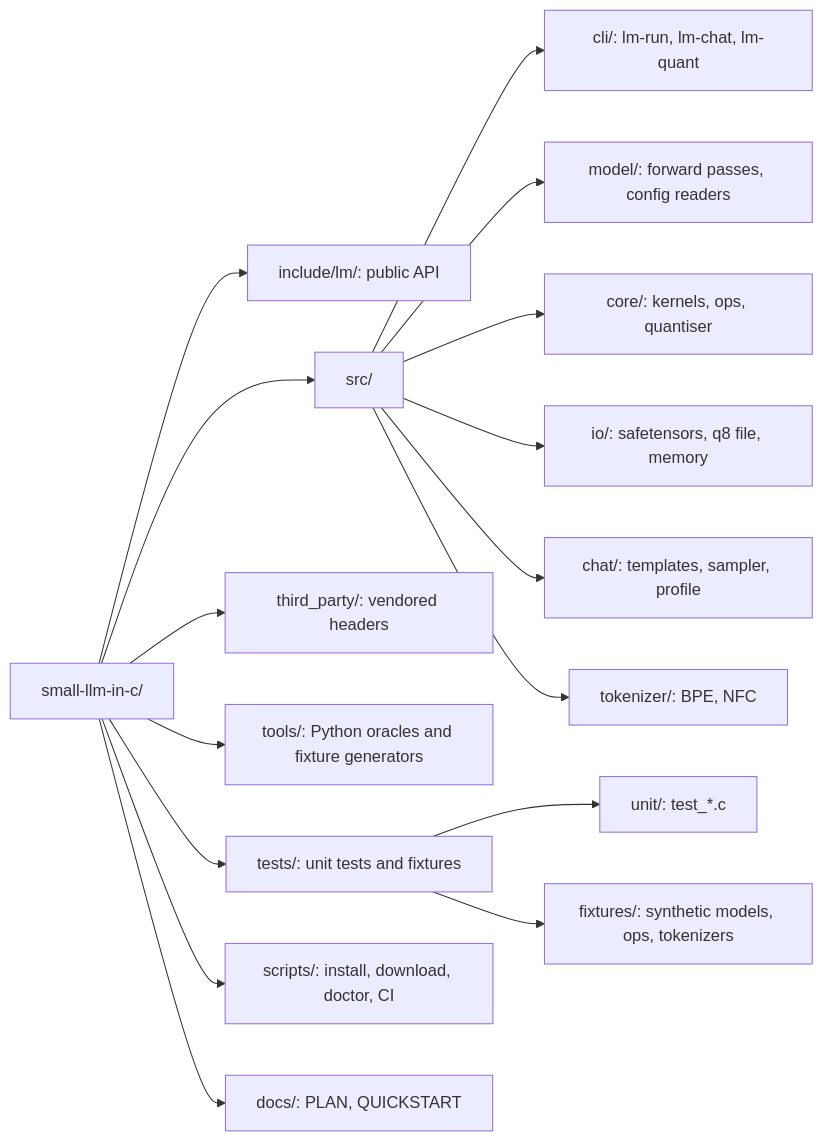
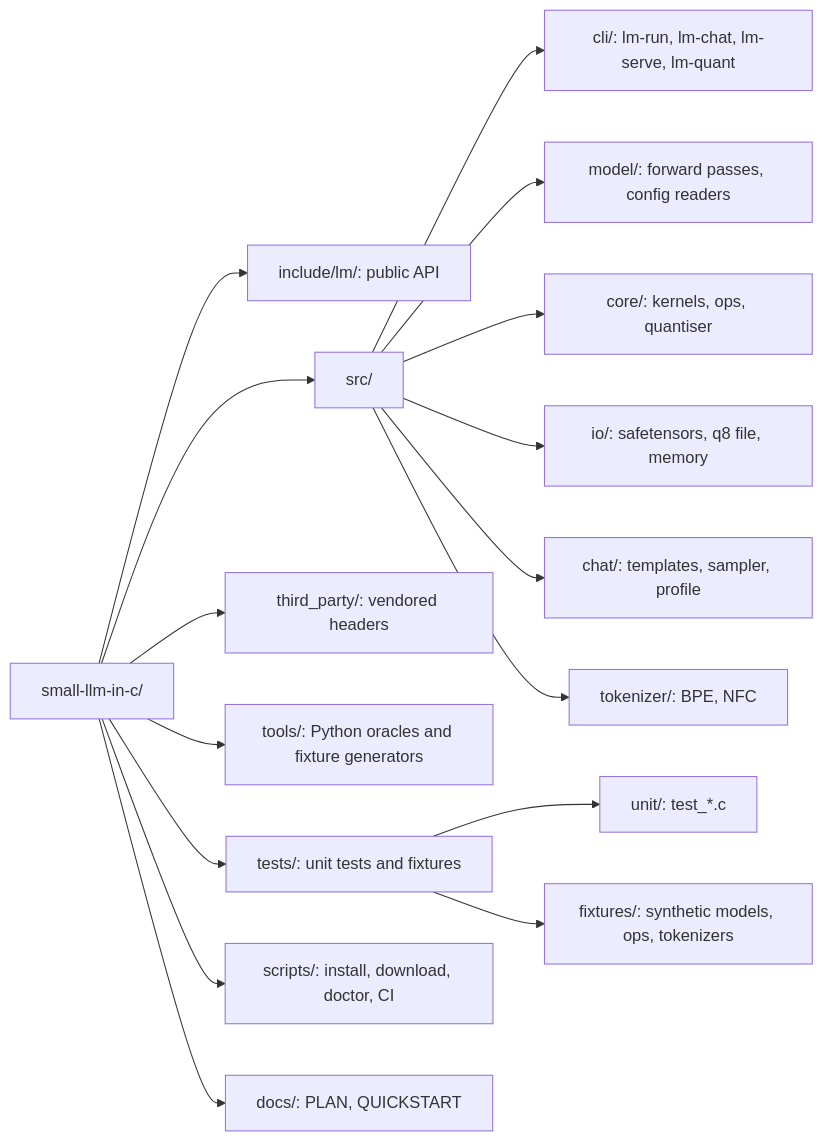
The third of 4 diagrams in README.md (marcfs31/kevin-ai), drawn with Mermaid before and after one commit. The commit also changed other lines of this file and 9 other files, not shown here.

````diff
--- a/README.md
+++ b/README.md
@@ -435,19 +436,19 @@
 ```mermaid
 flowchart LR
   root["small-llm-in-c/"]
   root --> inc["include/lm/: public API"]
   root --> src["src/"]
-  src --> cli["cli/: lm-run, lm-chat, lm-quant"]
+  src --> cli["cli/: lm-run, lm-chat, lm-serve, lm-quant"]
   src --> model["model/: forward passes, config readers"]
   src --> core["core/: kernels, ops, quantiser"]
   src --> io["io/: safetensors, q8 file, memory"]
   src --> chat["chat/: templates, sampler, profile"]
   src --> tokz["tokenizer/: BPE, NFC"]
   root --> tp["third_party/: vendored headers"]
   root --> tools["tools/: Python oracles and fixture generators"]
   root --> tests["tests/: unit tests and fixtures"]
   tests --> unit["unit/: test_*.c"]
   tests --> fix["fixtures/: synthetic models, ops, tokenizers"]
   root --> scripts["scripts/: install, download, doctor, CI"]
   root --> docs["docs/: PLAN, QUICKSTART"]
 ```
````
